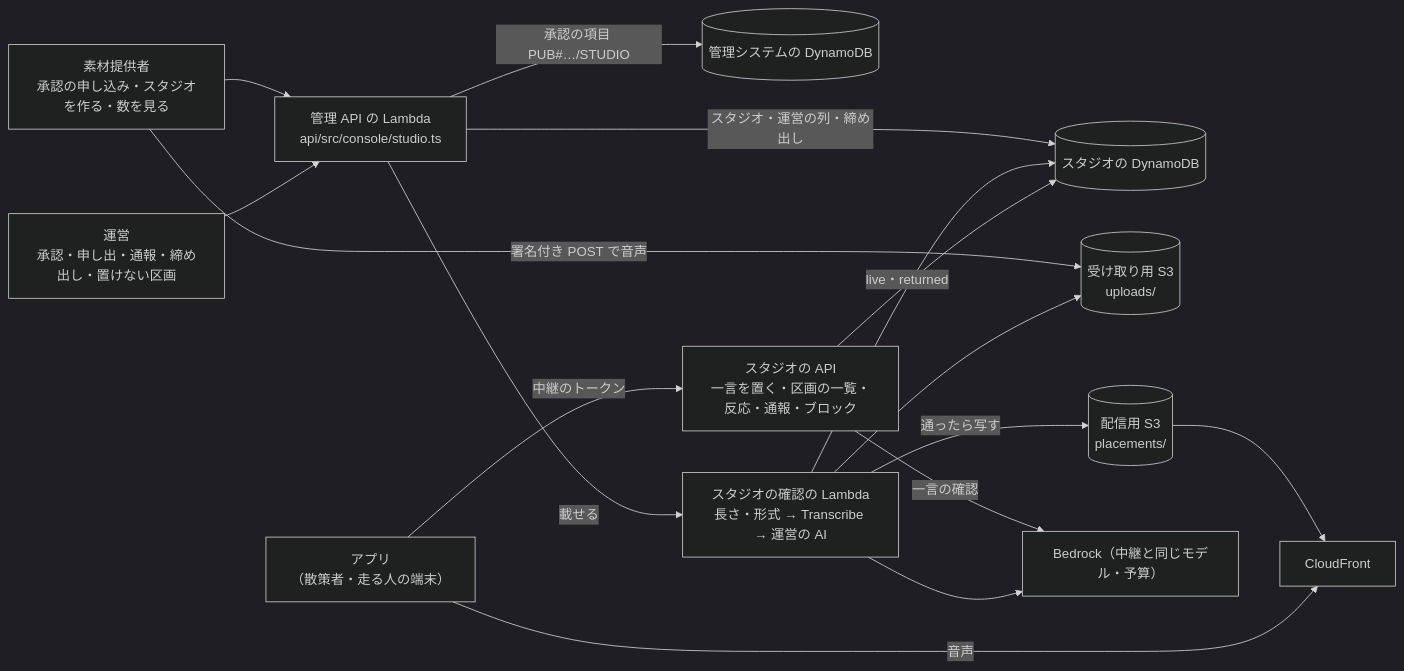
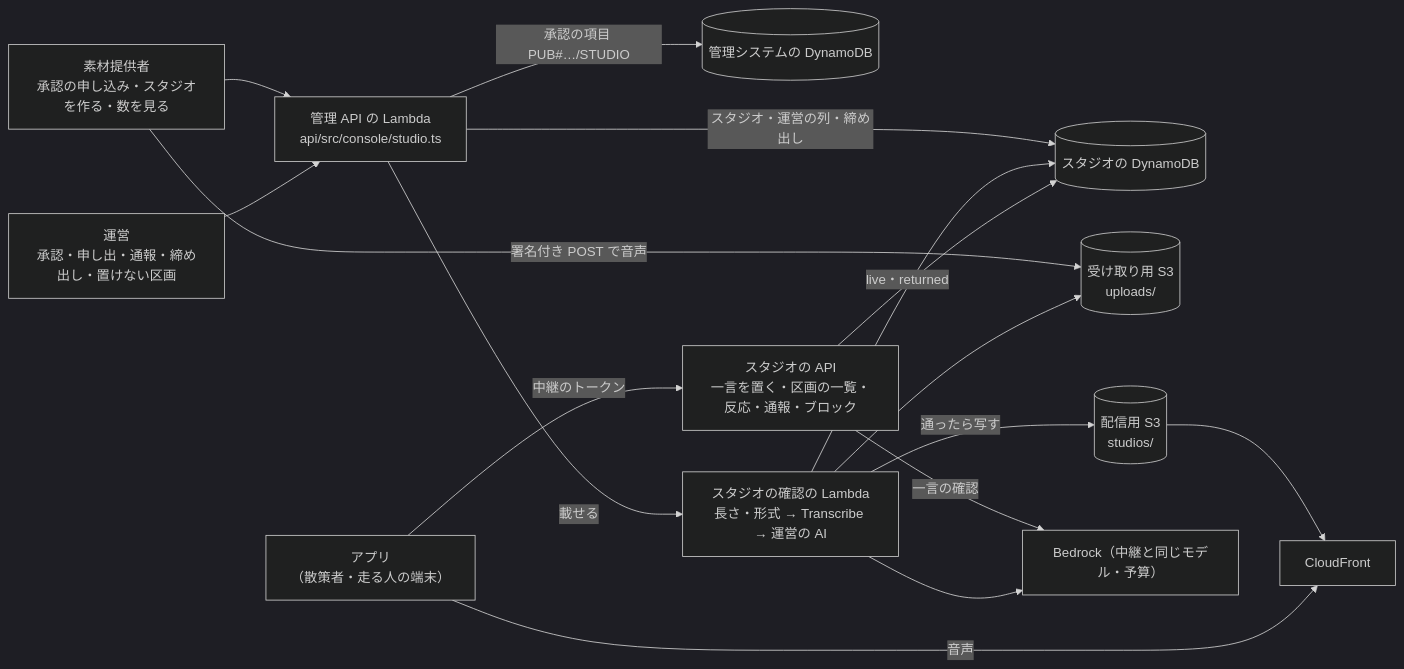
Before and after one commit to duwenji/yorisoi-console: the eighth of 8 diagrams in docs/architecture.md, drawn with Mermaid (dark theme). The commit also changed other lines of this file and 40 other files, not shown here.

````diff
--- a/docs/architecture.md
+++ b/docs/architecture.md
@@ -271,18 +271,18 @@
 ```mermaid
 flowchart LR
   PUB["素材提供者<br/>承認の申し込み・スタジオを作る・数を見る"] --> CAPI["管理 API の Lambda<br/>api/src/console/studio.ts"]
   OP["運営<br/>承認・申し出・通報・締め出し・置けない区画"] --> CAPI
   CAPI -->|承認の項目 PUB#…/STUDIO| CDDB[("管理システムの DynamoDB")]
   CAPI -->|スタジオ・運営の列・締め出し| SDDB[("スタジオの DynamoDB")]
   PUB -->|署名付き POST で音声| INT[("受け取り用 S3<br/>uploads/")]
   CAPI -->|載せる| CHK["スタジオの確認の Lambda<br/>長さ・形式 → Transcribe → 運営の AI"]
   CHK --> INT
-  CHK -->|通ったら写す| AUD[("配信用 S3<br/>placements/")]
+  CHK -->|通ったら写す| AUD[("配信用 S3<br/>studios/")]
   CHK -->|live・returned| SDDB
   AUD --> CDN["CloudFront"]
   APP["アプリ<br/>（散策者・走る人の端末）"] -->|中継のトークン| SAPI["スタジオの API<br/>一言を置く・区画の一覧・反応・通報・ブロック"]
   SAPI --> SDDB
   APP -->|音声| CDN
   SAPI -->|一言の確認| AI["Bedrock（中継と同じモデル・予算）"]
   CHK --> AI
 ```
````
